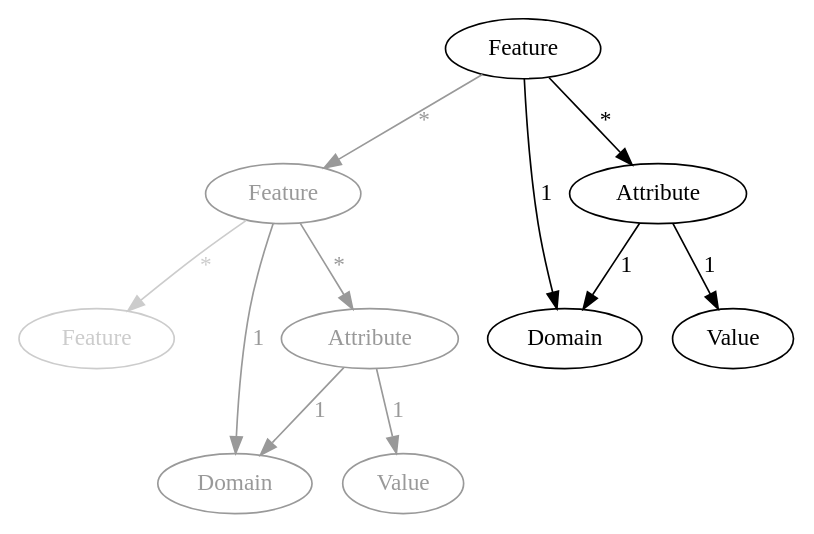
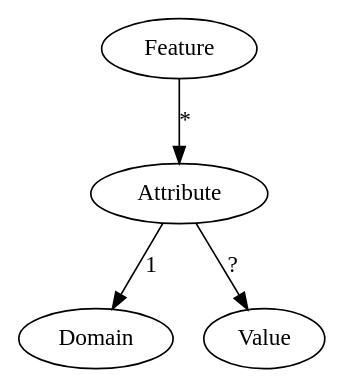
The first of 4 diagrams in documents/texts/data_model/data_model.rst (geoneric/fern), drawn with Graphviz before and after one commit. The commit also changed other lines of this file and 1 other file, not shown here.

```diff
--- a/documents/texts/data_model/data_model.rst
+++ b/documents/texts/data_model/data_model.rst
@@ -5,53 +5,20 @@
 .. graphviz::
 
    digraph DataModel {
      feature1[
        label="Feature"
      ]
-     feature2[
-       label="Feature",
-       color="grey60",
-       fontcolor="grey60"
-     ]
-     feature3[
-       label="Feature"
-       color="grey80",
-       fontcolor="grey80"
+     attribute1[
+       label="Attribute"
      ]
      domain1[
        label="Domain"
      ]
-     domain2[
-       label="Domain"
-       color="grey60",
-       fontcolor="grey60"
-     ]
-     attribute1[
-       label="Attribute"
-     ]
-     attribute2[
-       label="Attribute"
-       color="grey60",
-       fontcolor="grey60"
-     ]
      value1[
        label="Value"
      ]
-     value2[
-       label="Value"
-       color="grey60",
-       fontcolor="grey60"
-     ]
 
-     feature1 -> domain1 [label="1"];
      feature1 -> attribute1 [label="*"];
-     feature1 -> feature2 [label="*", color="grey60", fontcolor="grey60"];
      attribute1 -> domain1 [label="1"];
-     attribute1 -> value1 [label="1"];
-
-     feature2 -> domain2 [label="1", color="grey60", fontcolor="grey60"];
-     feature2 -> attribute2 [label="*", color="grey60", fontcolor="grey60"];
-     feature2 -> feature3 [label="*", color="grey80", fontcolor="grey80"];
-     attribute2 -> domain2 [label="1", color="grey60", fontcolor="grey60"];
-     attribute2 -> value2 [label="1", color="grey60", fontcolor="grey60"];
+     attribute1 -> value1 [label="?"];
   }
```
